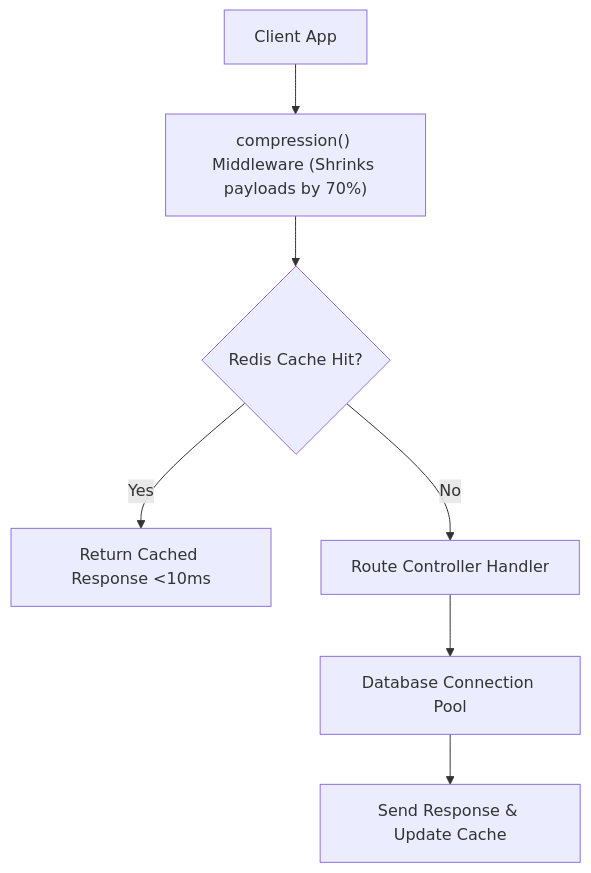
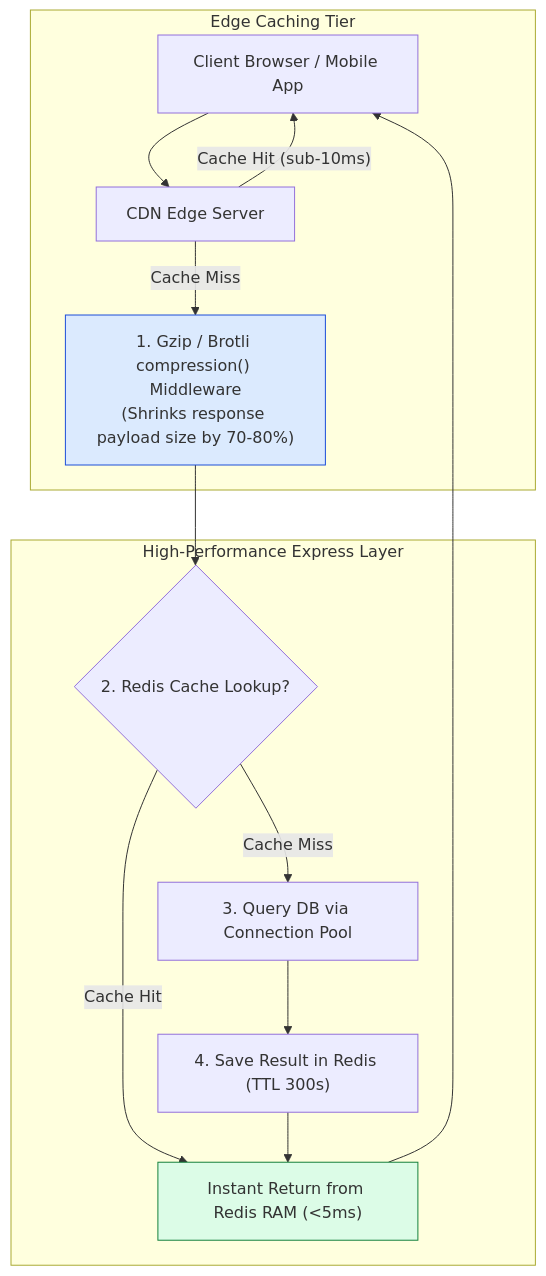
Before and after one commit to Amie-dev/engineering-playbook: the first of 3 diagrams in express-notes/23-performance-patterns.md, drawn with Mermaid. The commit also changed other lines of this file and 26 other files, not shown here.

````diff
--- a/express-notes/23-performance-patterns.md
+++ b/express-notes/23-performance-patterns.md
@@ -10,9 +13,23 @@
 ```mermaid
 flowchart TD
-    Client[Client App] --> Comp["compression() Middleware (Shrinks payloads by 70%)"]
-    Comp --> CacheCheck{Redis Cache Hit?}
-    CacheCheck -- Yes --> CachedRes[Return Cached Response <10ms]
-    CacheCheck -- No --> Controller[Route Controller Handler]
-    Controller --> DBPool[Database Connection Pool]
-    DBPool --> ReturnData[Send Response & Update Cache]
+    Client[Client Browser / Mobile App] --> CDN[CDN Edge Server]
+
+    subgraph Edge Caching Tier
+        CDN -- "Cache Hit (sub-10ms)" --> Client
+        CDN -- "Cache Miss" --> CompMiddleware["1. Gzip / Brotli compression() Middleware<br/>(Shrinks response payload size by 70-80%)"]
+    end
+
+    subgraph High-Performance Express Layer
+        CompMiddleware --> CacheCheck{2. Redis Cache Lookup?}
+        CacheCheck -- "Cache Hit" --> ReturnCached["Instant Return from Redis RAM (<5ms)"]
+        
+        CacheCheck -- "Cache Miss" --> DBQuery["3. Query DB via Connection Pool"]
+        DBQuery --> SaveCache["4. Save Result in Redis (TTL 300s)"]
+    end
+
+    SaveCache --> ReturnCached
+    ReturnCached --> Client
+
+    style CompMiddleware fill:#dbeafe,stroke:#1d4ed8
+    style ReturnCached fill:#dcfce7,stroke:#15803d
 ```
````
